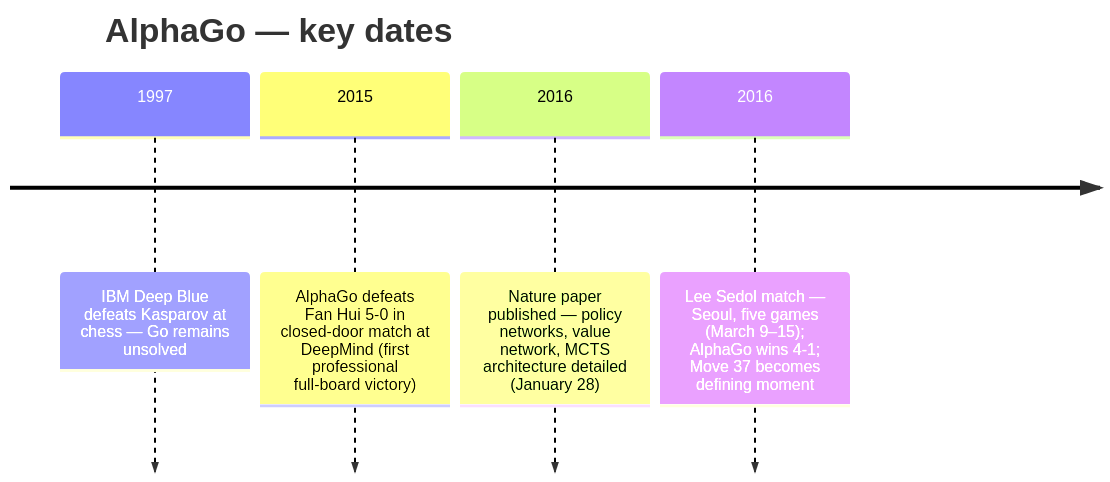
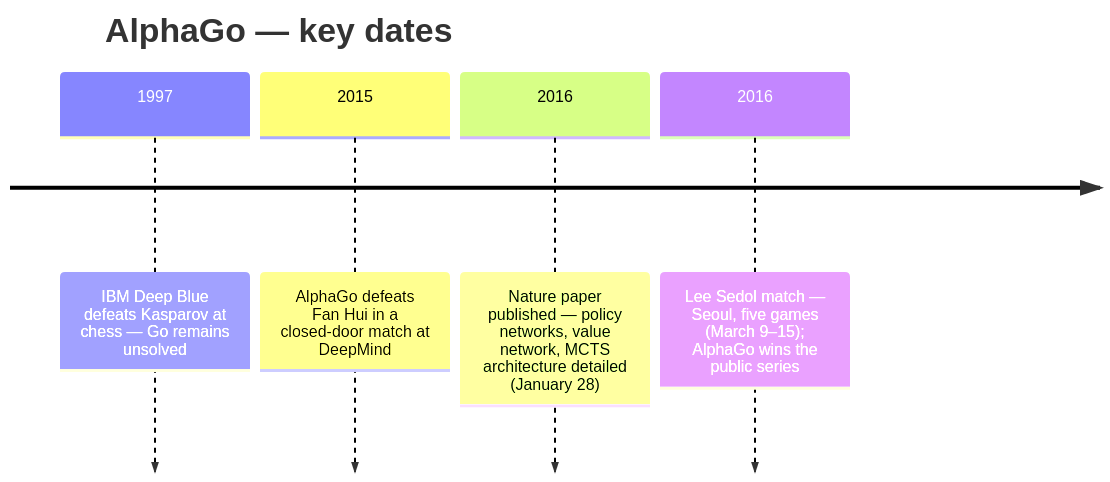
Before and after one commit to kube-dojo/kube-dojo: the diagram in src/content/docs/ai-history/ch-48-alphago.md, drawn with Mermaid. The commit also changed other lines of this file and 2 other files, not shown here.

````diff
--- a/src/content/docs/ai-history/ch-48-alphago.md
+++ b/src/content/docs/ai-history/ch-48-alphago.md
@@ -29,8 +29,8 @@
 ```mermaid
 timeline
     title AlphaGo — key dates
     1997 : IBM Deep Blue defeats Kasparov at chess — Go remains unsolved
-    2015 : AlphaGo defeats Fan Hui 5-0 in closed-door match at DeepMind (first professional full-board victory)
+    2015 : AlphaGo defeats Fan Hui in a closed-door match at DeepMind
     2016 : Nature paper published — policy networks, value network, MCTS architecture detailed (January 28)
-    2016 : Lee Sedol match — Seoul, five games (March 9–15); AlphaGo wins 4-1; Move 37 becomes defining moment
+    2016 : Lee Sedol match — Seoul, five games (March 9–15); AlphaGo wins the public series
 ```
````
